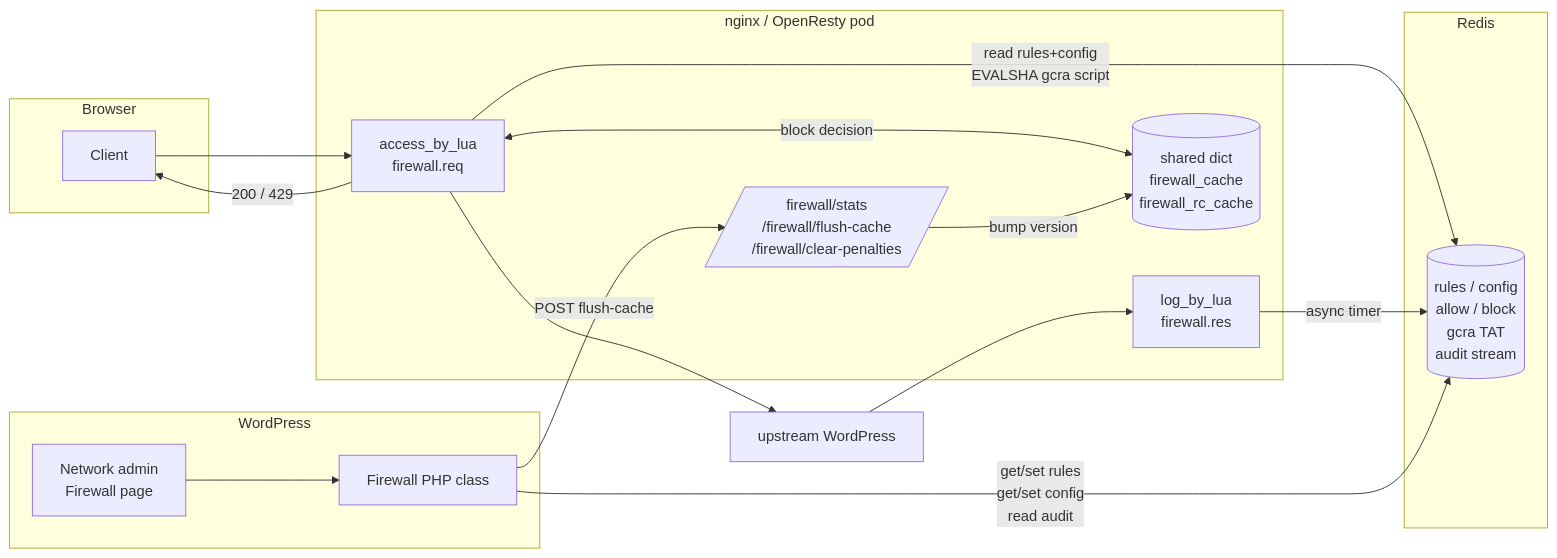
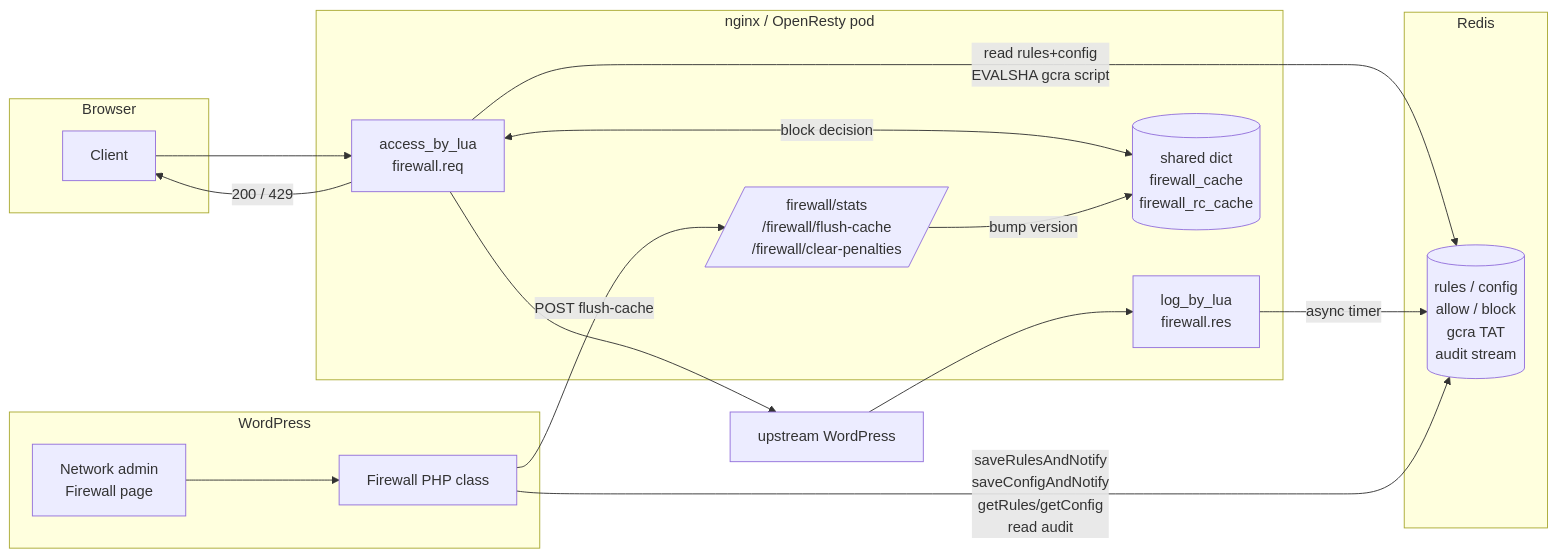
One commit to ministryofjustice/hale-platform changed the first of 4 diagrams in opt/lua/README.md. Above: the diagram before and after it, drawn with Mermaid.

````diff
--- a/opt/lua/README.md
+++ b/opt/lua/README.md
@@ -126,34 +126,34 @@
 ```mermaid
 flowchart LR
     subgraph Browser
       C[Client]
     end
 
     subgraph nginx["nginx / OpenResty pod"]
       A[access_by_lua<br/>firewall.req]
       L[log_by_lua<br/>firewall.res]
       D[(shared dict<br/>firewall_cache<br/>firewall_rc_cache)]
       ADMIN[/firewall/stats<br/>/firewall/flush-cache<br/>/firewall/clear-penalties/]
     end
 
     subgraph Redis
       R[(rules / config<br/>allow / block<br/>gcra TAT<br/>audit stream)]
     end
 
     subgraph WordPress
       WP[Network admin<br/>Firewall page]
       PHP[Firewall PHP class]
     end
 
     C --> A
     A -- read rules+config<br/>EVALSHA gcra script --> R
     A <-- block decision --> D
     A -- 200 / 429 --> C
     A --> WPB[upstream WordPress] --> L
     L -- async timer --> R
 
     WP --> PHP
-    PHP -- get/set rules<br/>get/set config<br/>read audit --> R
+    PHP -- saveRulesAndNotify<br/>saveConfigAndNotify<br/>getRules/getConfig<br/>read audit --> R
     PHP -- POST flush-cache --> ADMIN
     ADMIN -- bump version --> D
 ```
````
